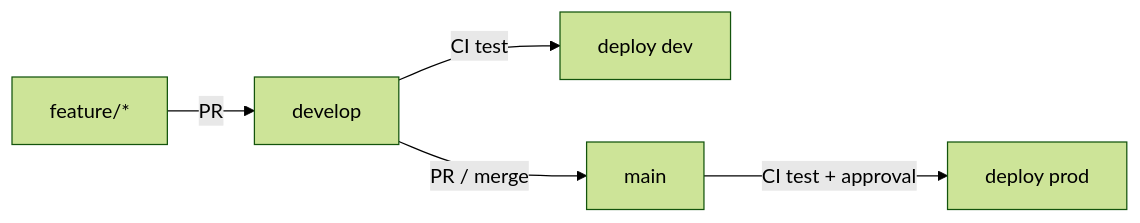
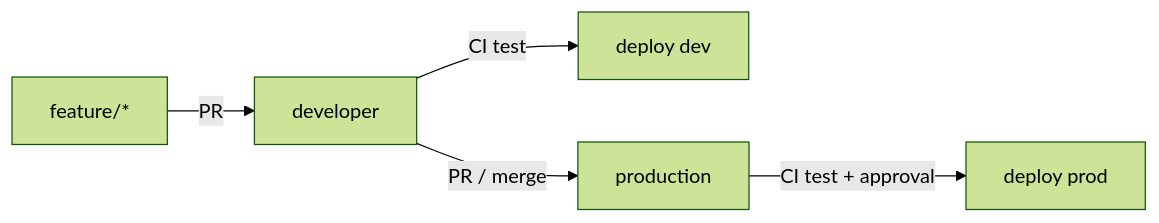
The first of 4 diagrams in docs/architecture/10-cicd.md (Chuchoss/it-labor-pulse), drawn with Mermaid (forest theme) before and after one commit. The commit also changed other lines of this file and 13 other files, not shown here.

First line of the commit message:
ci: adopt developer/production branches with mandatory test gate

````diff
--- a/docs/architecture/10-cicd.md
+++ b/docs/architecture/10-cicd.md
@@ -27,7 +27,7 @@
 ```mermaid
 flowchart LR
-  F[feature/*] -->|PR| D[develop]
+  F[feature/*] -->|PR| D[developer]
   D -->|CI test| DEV[deploy dev]
-  D -->|PR / merge| M[main]
-  M -->|CI test + approval| PROD[deploy prod]
+  D -->|PR / merge| P[production]
+  P -->|CI test + approval| PROD[deploy prod]
 ```
````
